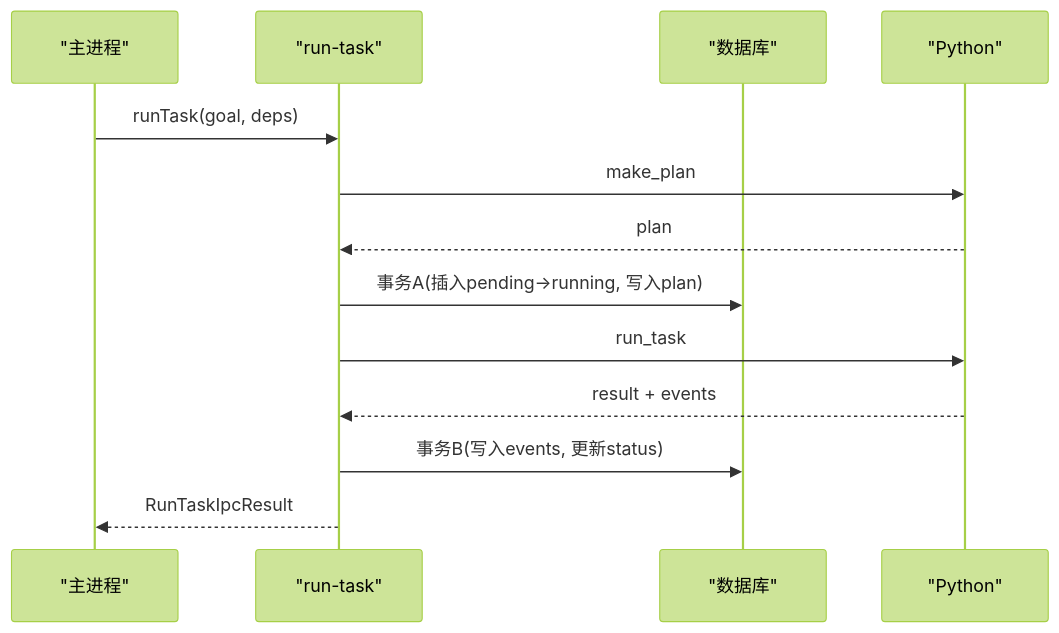
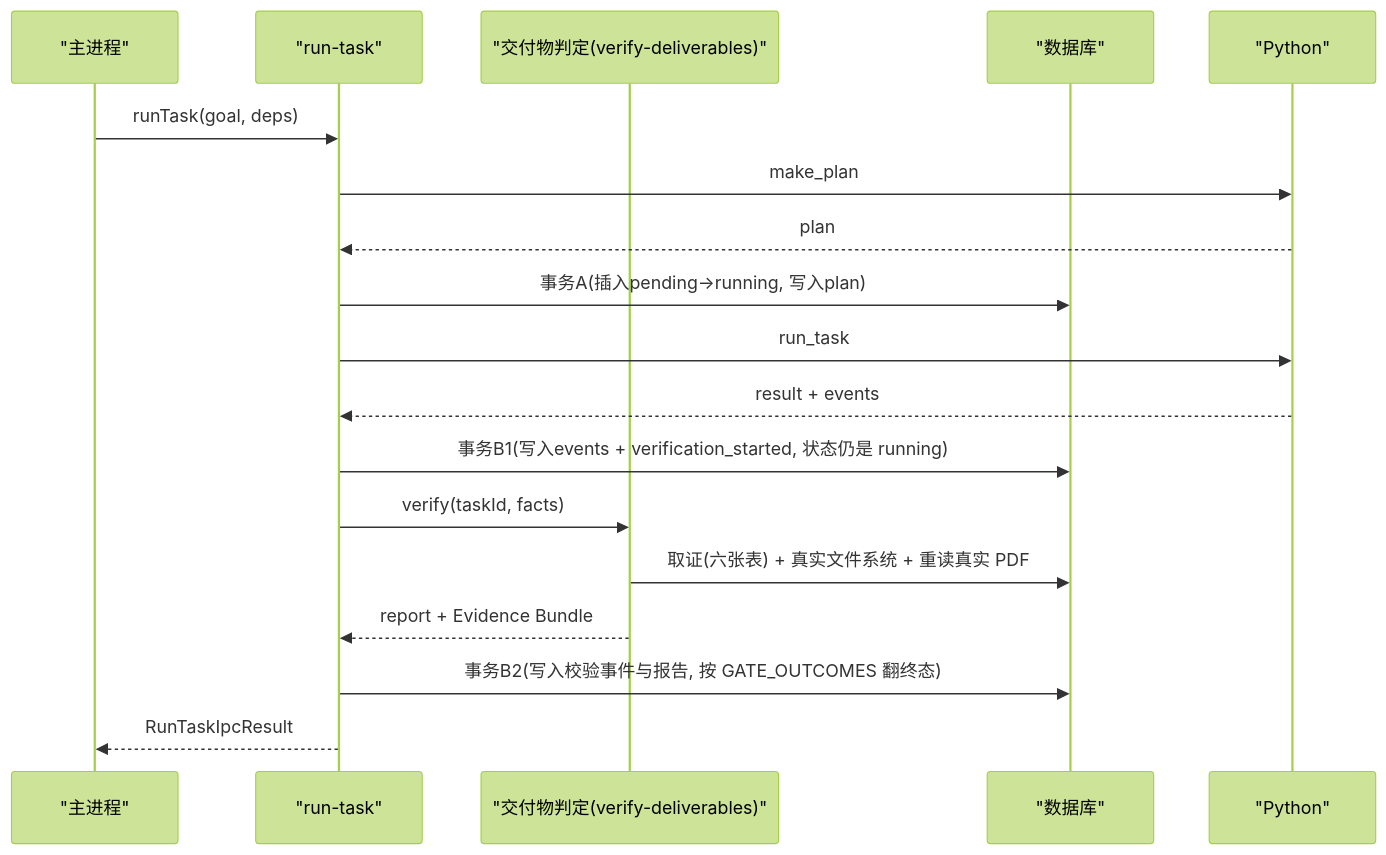
The seventh of 9 diagrams in .repowiki/zh/content/桌面应用/主进程架构.md (Azusa010/personal-agent), drawn with Mermaid (forest theme) before and after one commit. The commit also changed other lines of this file and 23 other files, not shown here.

````diff
--- a/.repowiki/zh/content/桌面应用/主进程架构.md
+++ b/.repowiki/zh/content/桌面应用/主进程架构.md
@@ -299,15 +309,20 @@
 ```mermaid
 sequenceDiagram
 participant M as "主进程"
 participant RT as "run-task"
+participant V as "交付物判定(verify-deliverables)"
 participant DB as "数据库"
 participant PY as "Python"
 M->>RT : runTask(goal, deps)
 RT->>PY : make_plan
 PY-->>RT : plan
 RT->>DB : 事务A(插入pending->running, 写入plan)
 RT->>PY : run_task
 PY-->>RT : result + events
-RT->>DB : 事务B(写入events, 更新status)
+RT->>DB : 事务B1(写入events + verification_started, 状态仍是 running)
+RT->>V : verify(taskId, facts)
+V->>DB : 取证(六张表) + 真实文件系统 + 重读真实 PDF
+V-->>RT : report + Evidence Bundle
+RT->>DB : 事务B2(写入校验事件与报告, 按 GATE_OUTCOMES 翻终态)
 RT-->>M : RunTaskIpcResult
 ```
````
